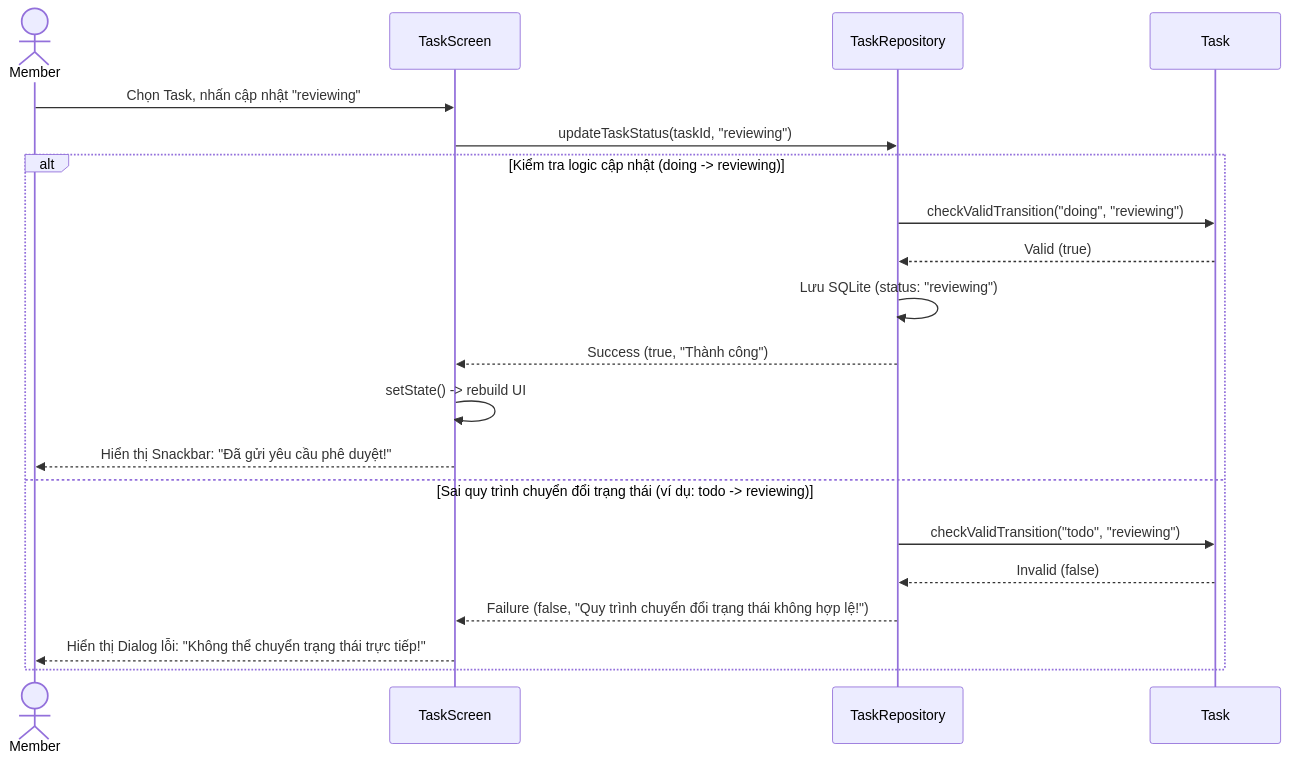
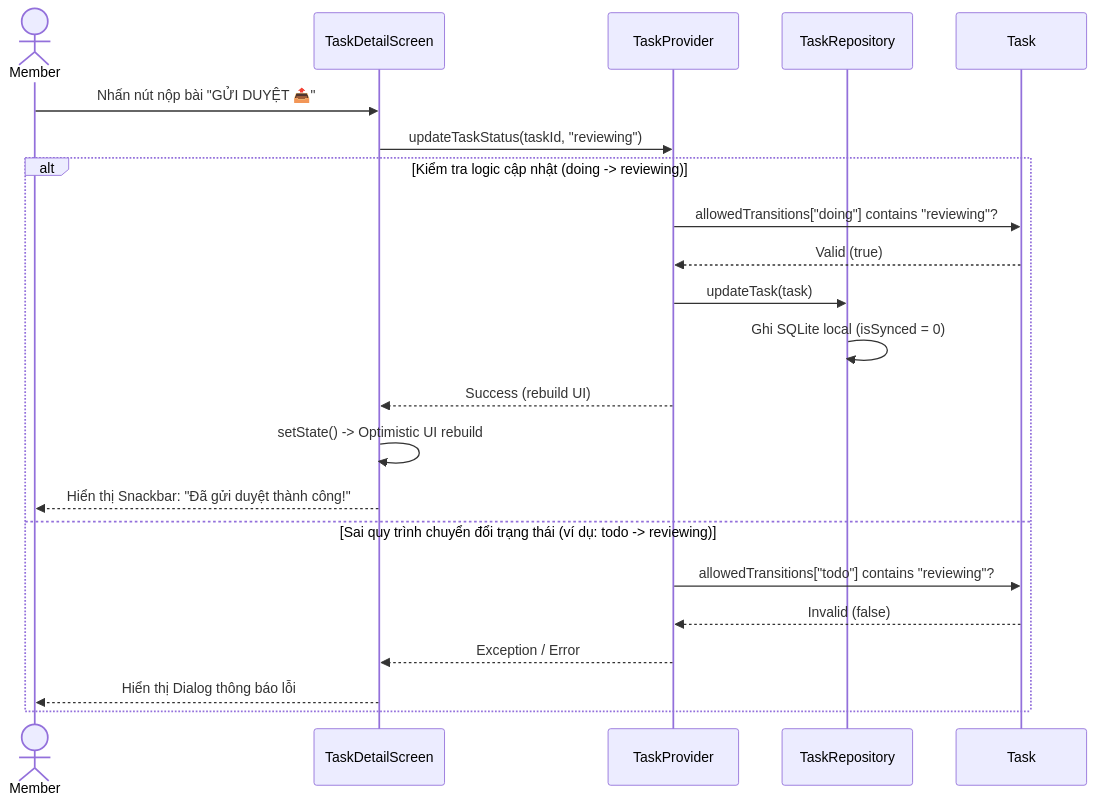
One commit to ttt-huong/TaskFlow_Huong_Thuong_Cuong_N03_1_2026 changed the tenth of 24 diagrams in docs/uml_va_luong_hoat_dong.md. Above: the diagram before and after it, drawn with Mermaid. The commit also changed other lines of this file and 3 other files, not shown here.

Commit message:
docs: redesign UML diagrams and add final course reports

````diff
--- a/docs/uml_va_luong_hoat_dong.md
+++ b/docs/uml_va_luong_hoat_dong.md
@@ -322,24 +464,26 @@
 ```mermaid
 sequenceDiagram
     actor Member
-    participant Screen as TaskScreen
+    participant Screen as TaskDetailScreen
+    participant Provider as TaskProvider
     participant Repo as TaskRepository
     participant Task as Task
 
-    Member->>Screen: Chọn Task, nhấn cập nhật "reviewing"
-    Screen->>Repo: updateTaskStatus(taskId, "reviewing")
+    Member->>Screen: Nhấn nút nộp bài "GỬI DUYỆT 📤"
+    Screen->>Provider: updateTaskStatus(taskId, "reviewing")
     
     alt Kiểm tra logic cập nhật (doing -> reviewing)
-        Repo->>Task: checkValidTransition("doing", "reviewing")
-        Task-->>Repo: Valid (true)
-        Repo->>Repo: Lưu SQLite (status: "reviewing")
-        Repo-->>Screen: Success (true, "Thành công")
-        Screen->>Screen: setState() -> rebuild UI
-        Screen-->>Member: Hiển thị Snackbar: "Đã gửi yêu cầu phê duyệt!"
+        Provider->>Task: allowedTransitions["doing"] contains "reviewing"?
+        Task-->>Provider: Valid (true)
+        Provider->>Repo: updateTask(task)
+        Repo->>Repo: Ghi SQLite local (isSynced = 0)
+        Provider-->>Screen: Success (rebuild UI)
+        Screen->>Screen: setState() -> Optimistic UI rebuild
+        Screen-->>Member: Hiển thị Snackbar: "Đã gửi duyệt thành công!"
     else Sai quy trình chuyển đổi trạng thái (ví dụ: todo -> reviewing)
-        Repo->>Task: checkValidTransition("todo", "reviewing")
-        Task-->>Repo: Invalid (false)
-        Repo-->>Screen: Failure (false, "Quy trình chuyển đổi trạng thái không hợp lệ!")
-        Screen-->>Member: Hiển thị Dialog lỗi: "Không thể chuyển trạng thái trực tiếp!"
+        Provider->>Task: allowedTransitions["todo"] contains "reviewing"?
+        Task-->>Provider: Invalid (false)
+        Provider-->>Screen: Exception / Error
+        Screen-->>Member: Hiển thị Dialog thông báo lỗi
     end
 ```
````
